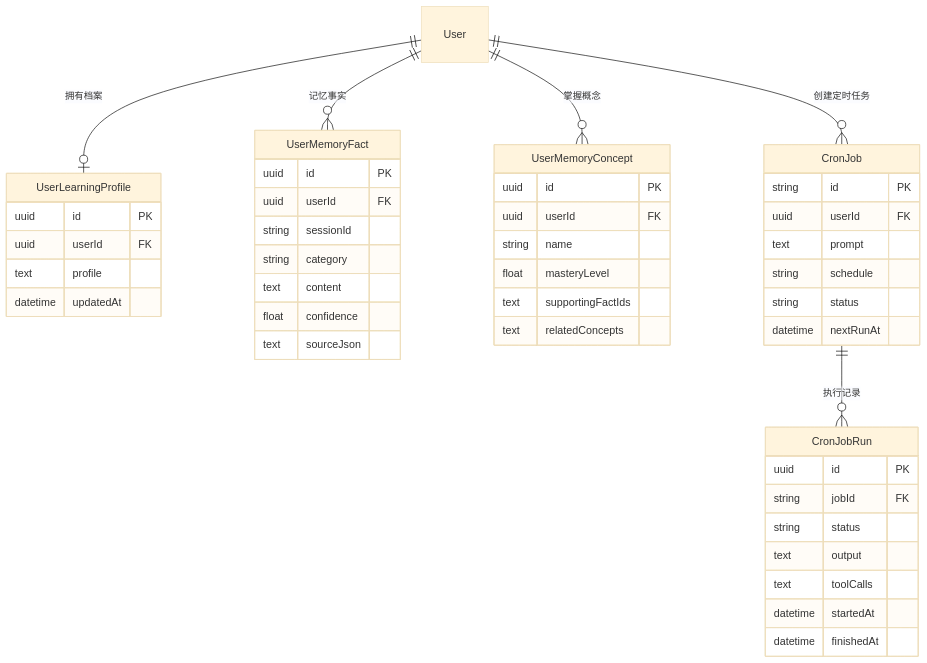
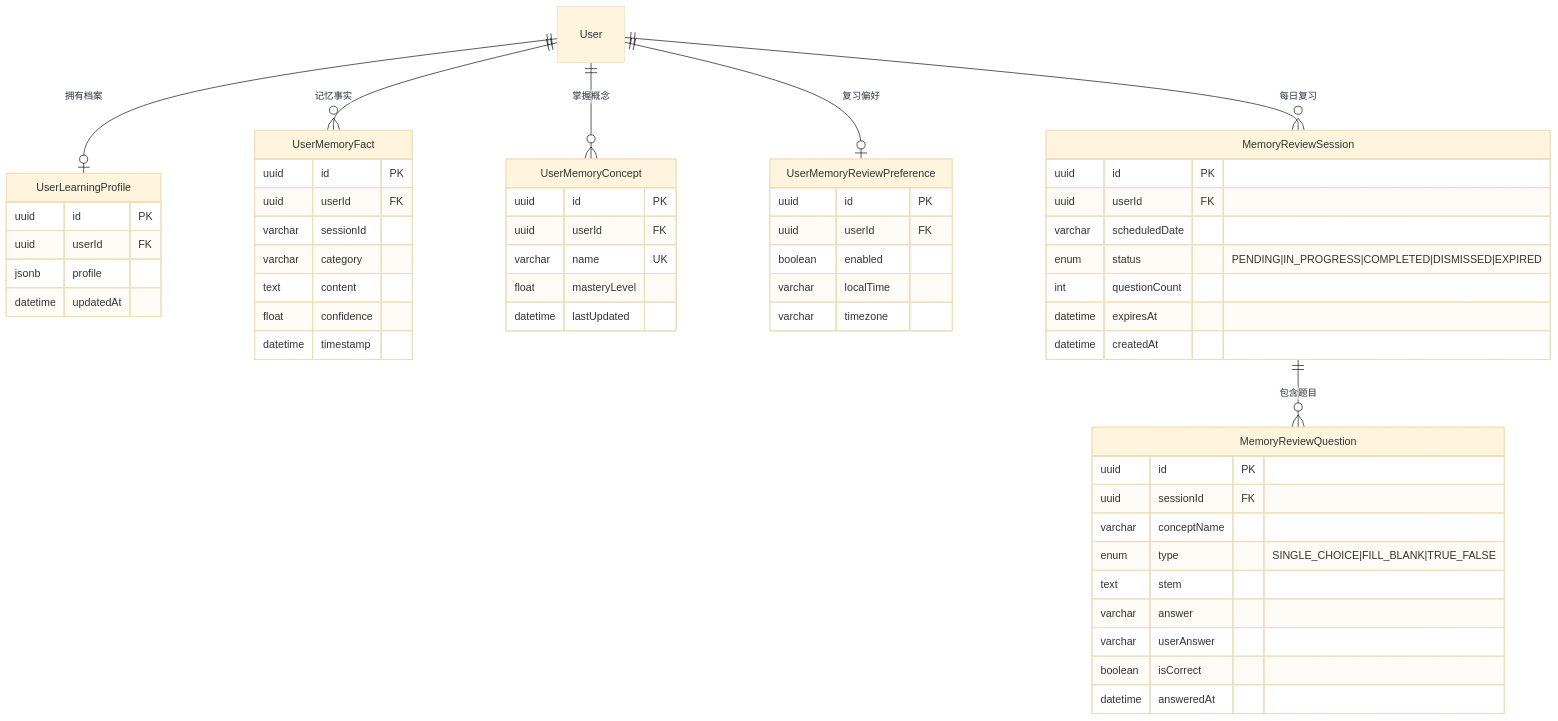
Diagram 23 of 24 in thesis.md (mocha196/eduAgent), drawn with Mermaid (base theme) before and after one commit. The commit also changed other lines of this file and 42 other files, not shown here.

````diff
--- a/thesis.md
+++ b/thesis.md
@@ -1008,49 +1046,59 @@
 ```mermaid
 erDiagram
     UserLearningProfile {
         uuid id PK
         uuid userId FK
-        text profile
+        jsonb profile
         datetime updatedAt
     }
     UserMemoryFact {
         uuid id PK
         uuid userId FK
-        string sessionId
-        string category
+        varchar sessionId
+        varchar category
         text content
         float confidence
-        text sourceJson
+        datetime timestamp
     }
     UserMemoryConcept {
         uuid id PK
         uuid userId FK
-        string name
+        varchar name UK
         float masteryLevel
-        text supportingFactIds
-        text relatedConcepts
+        datetime lastUpdated
     }
-    CronJob {
-        string id PK
+    UserMemoryReviewPreference {
+        uuid id PK
         uuid userId FK
-        text prompt
-        string schedule
-        string status
-        datetime nextRunAt
+        boolean enabled
+        varchar localTime
+        varchar timezone
     }
-    CronJobRun {
+    MemoryReviewSession {
         uuid id PK
-        string jobId FK
-        string status
-        text output
-        text toolCalls
-        datetime startedAt
-        datetime finishedAt
+        uuid userId FK
+        varchar scheduledDate
+        enum status "PENDING|IN_PROGRESS|COMPLETED|DISMISSED|EXPIRED"
+        int questionCount
+        datetime expiresAt
+        datetime createdAt
+    }
+    MemoryReviewQuestion {
+        uuid id PK
+        uuid sessionId FK
+        varchar conceptName
+        enum type "SINGLE_CHOICE|FILL_BLANK|TRUE_FALSE"
+        text stem
+        varchar answer
+        varchar userAnswer
+        boolean isCorrect
+        datetime answeredAt
     }
 
     User ||--o| UserLearningProfile : "拥有档案"
     User ||--o{ UserMemoryFact : "记忆事实"
     User ||--o{ UserMemoryConcept : "掌握概念"
-    User ||--o{ CronJob : "创建定时任务"
-    CronJob ||--o{ CronJobRun : "执行记录"
+    User ||--o| UserMemoryReviewPreference : "复习偏好"
+    User ||--o{ MemoryReviewSession : "每日复习"
+    MemoryReviewSession ||--o{ MemoryReviewQuestion : "包含题目"
 ```
````
